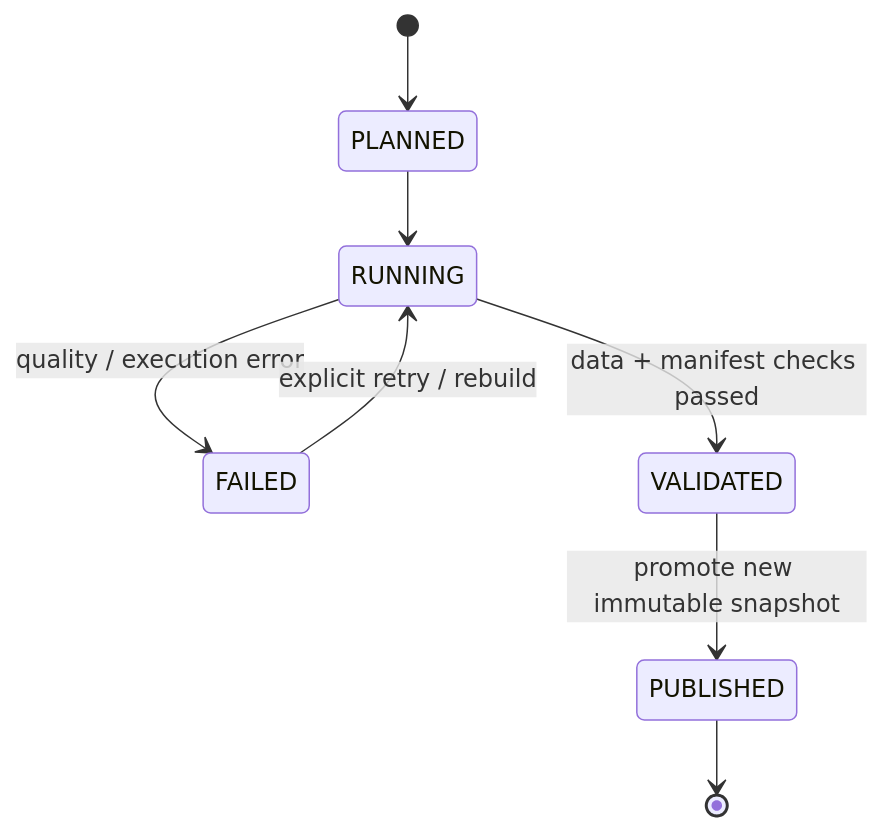
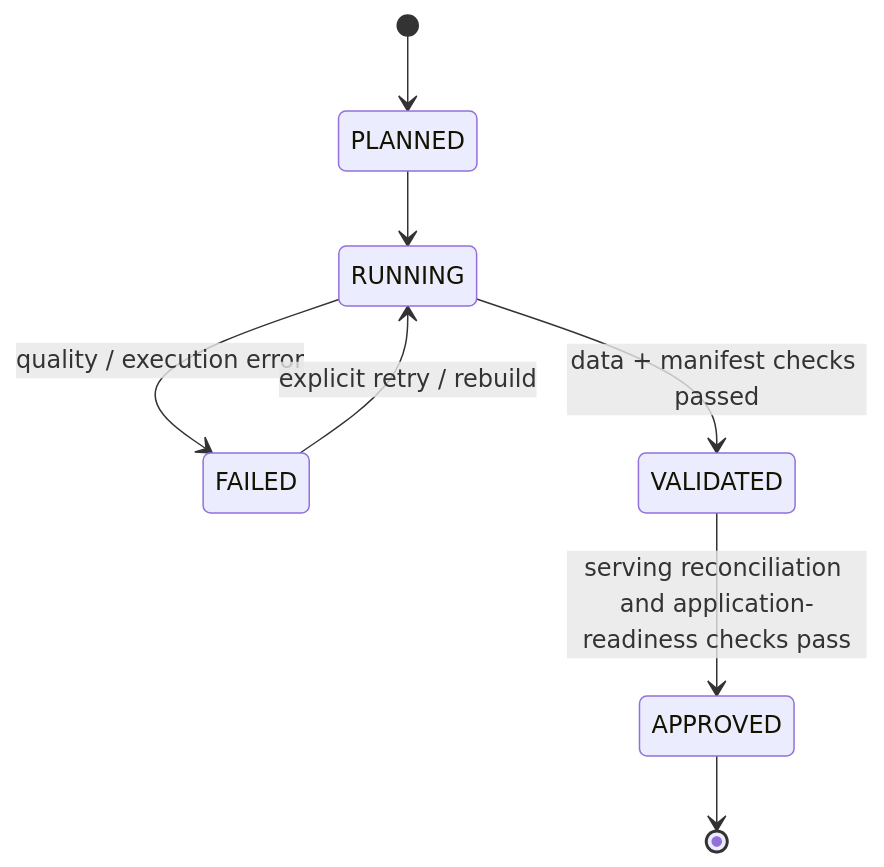
One commit to datphamtat2411/warehouse-bigdata changed the third of 3 diagrams in docs/06_DATA_PIPELINE.md. Above: the diagram before and after it, drawn with Mermaid. The commit also changed other lines of this file and 11 other files, not shown here.

````diff
--- a/docs/06_DATA_PIPELINE.md
+++ b/docs/06_DATA_PIPELINE.md
@@ -835,10 +834,10 @@
 ```mermaid
 stateDiagram-v2
   [*] --> PLANNED
   PLANNED --> RUNNING
   RUNNING --> FAILED: quality / execution error
   RUNNING --> VALIDATED: data + manifest checks passed
   FAILED --> RUNNING: explicit retry / rebuild
-  VALIDATED --> PUBLISHED: promote new immutable snapshot
-  PUBLISHED --> [*]
+  VALIDATED --> APPROVED: serving reconciliation and application-readiness checks pass
+  APPROVED --> [*]
 ```
````
